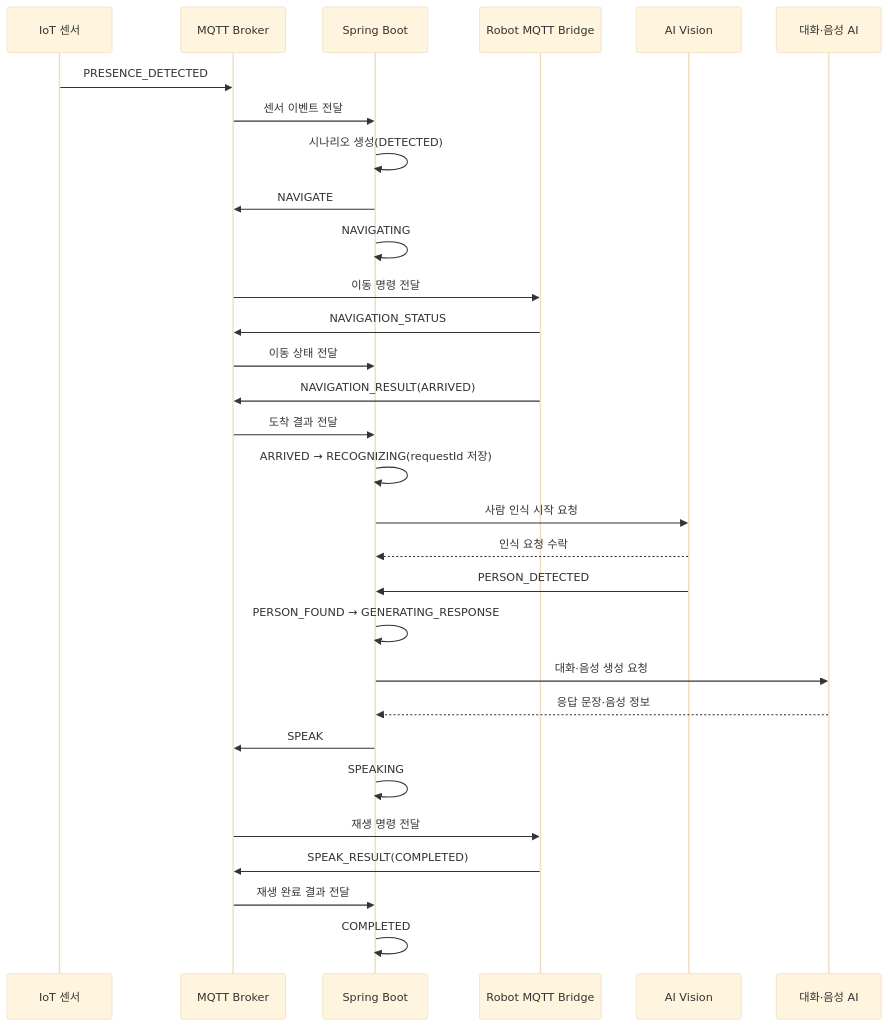
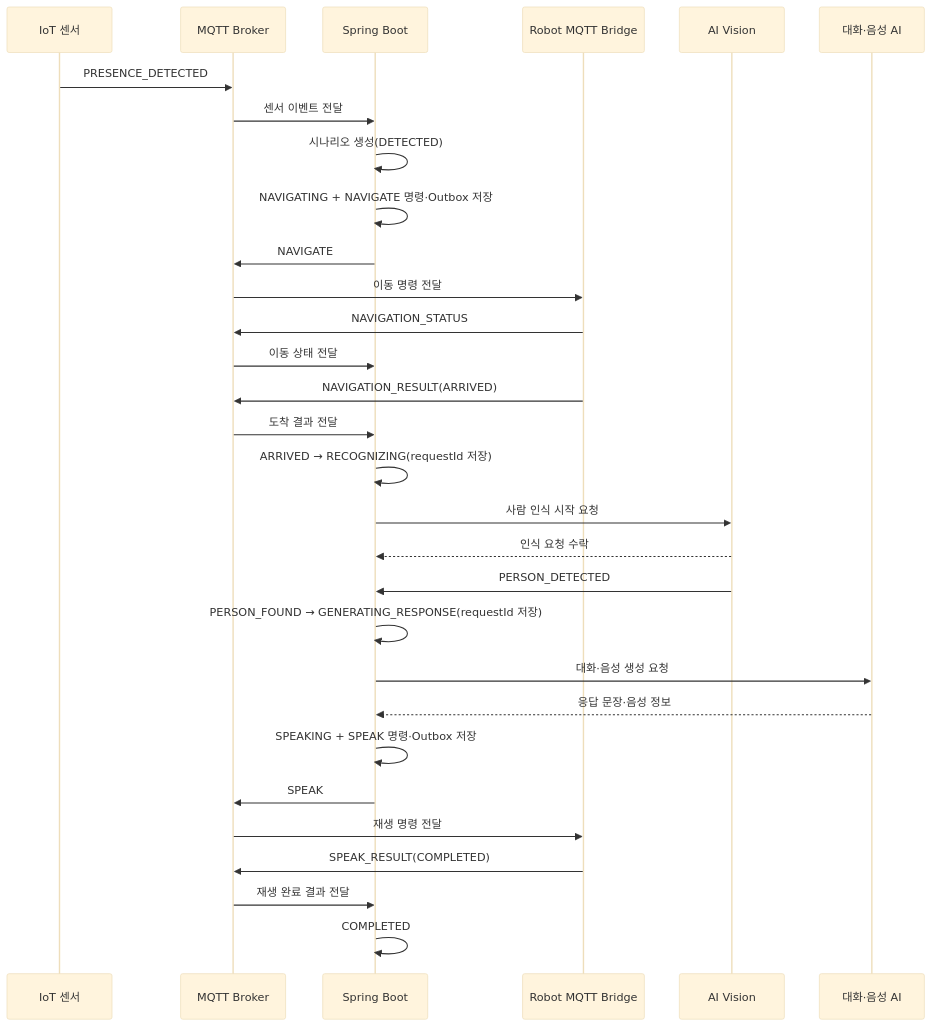
One commit to bomi-aiot/BOMI changed the diagram in docs/scenario/homecoming-welcome.md. Above: the diagram before and after it, drawn with Mermaid (base theme). The commit also changed other lines of this file and 4 other files, not shown here.

````diff
--- a/docs/scenario/homecoming-welcome.md
+++ b/docs/scenario/homecoming-welcome.md
@@ -48,33 +48,33 @@
 ```mermaid
 sequenceDiagram
     participant IoT as IoT 센서
     participant MQTT as MQTT Broker
     participant BE as Spring Boot
     participant Robot as Robot MQTT Bridge
     participant Vision as AI Vision
     participant Voice as 대화·음성 AI
 
     IoT->>MQTT: PRESENCE_DETECTED
     MQTT->>BE: 센서 이벤트 전달
     BE->>BE: 시나리오 생성(DETECTED)
+    BE->>BE: NAVIGATING + NAVIGATE 명령·Outbox 저장
     BE->>MQTT: NAVIGATE
-    BE->>BE: NAVIGATING
     MQTT->>Robot: 이동 명령 전달
     Robot->>MQTT: NAVIGATION_STATUS
     MQTT->>BE: 이동 상태 전달
     Robot->>MQTT: NAVIGATION_RESULT(ARRIVED)
     MQTT->>BE: 도착 결과 전달
     BE->>BE: ARRIVED → RECOGNIZING(requestId 저장)
     BE->>Vision: 사람 인식 시작 요청
     Vision-->>BE: 인식 요청 수락
     Vision->>BE: PERSON_DETECTED
-    BE->>BE: PERSON_FOUND → GENERATING_RESPONSE
+    BE->>BE: PERSON_FOUND → GENERATING_RESPONSE(requestId 저장)
     BE->>Voice: 대화·음성 생성 요청
     Voice-->>BE: 응답 문장·음성 정보
+    BE->>BE: SPEAKING + SPEAK 명령·Outbox 저장
     BE->>MQTT: SPEAK
-    BE->>BE: SPEAKING
     MQTT->>Robot: 재생 명령 전달
     Robot->>MQTT: SPEAK_RESULT(COMPLETED)
     MQTT->>BE: 재생 완료 결과 전달
     BE->>BE: COMPLETED
 ```
````
